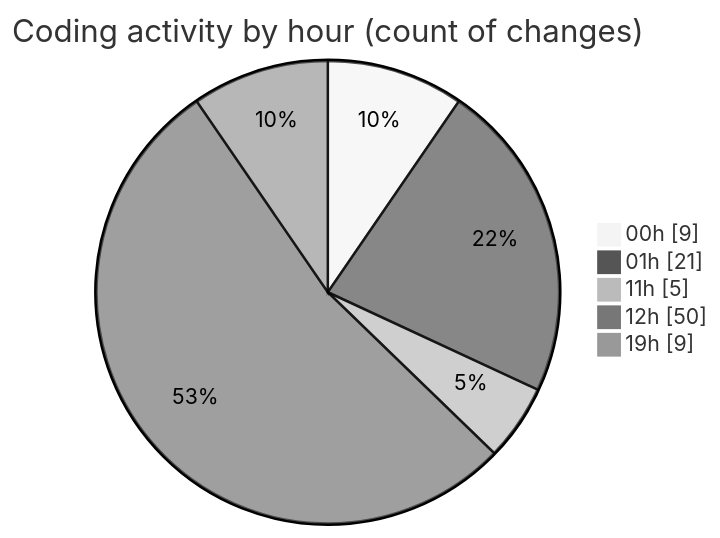
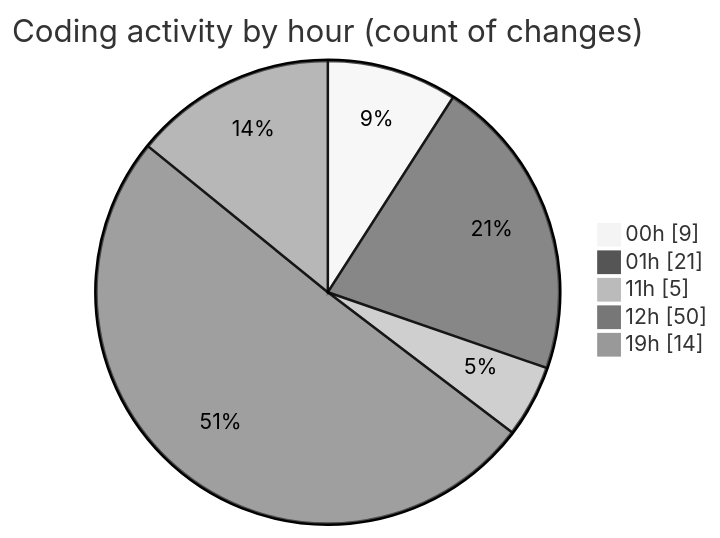
Before and after one commit to nxtqubesakshisongat/code-tracking: the second of 2 diagrams in 2025-10-25/javacript/README.md, drawn with Mermaid (neutral theme). The commit also changed other lines of this file and 1 other file, not shown here.

````diff
--- a/2025-10-25/javacript/README.md
+++ b/2025-10-25/javacript/README.md
@@ -32,9 +32,9 @@
 ```mermaid
 pie showData
 title Coding activity by hour (count of changes)
 "00h" : 9
 "01h" : 21
 "11h" : 5
 "12h" : 50
-"19h" : 9
+"19h" : 14
 ```
````
